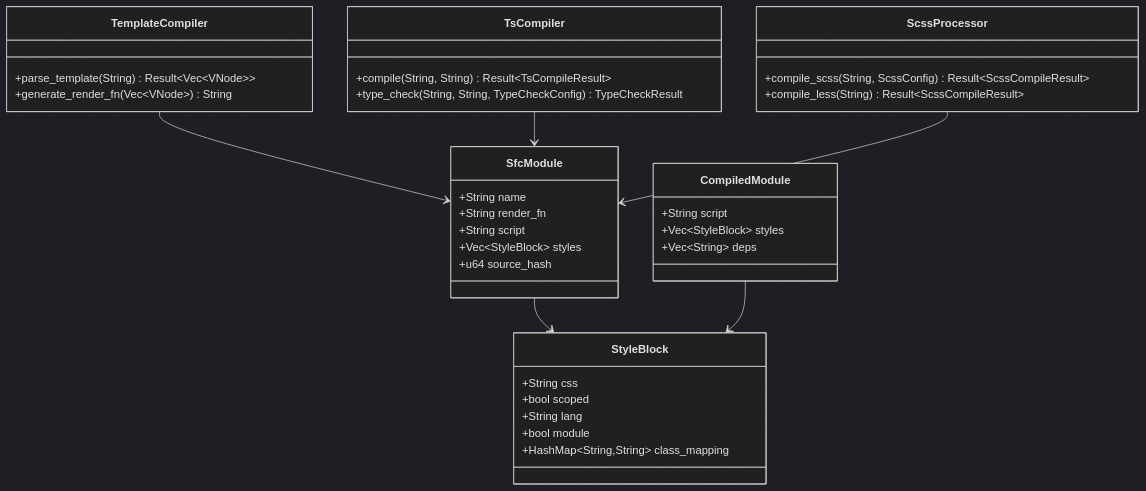
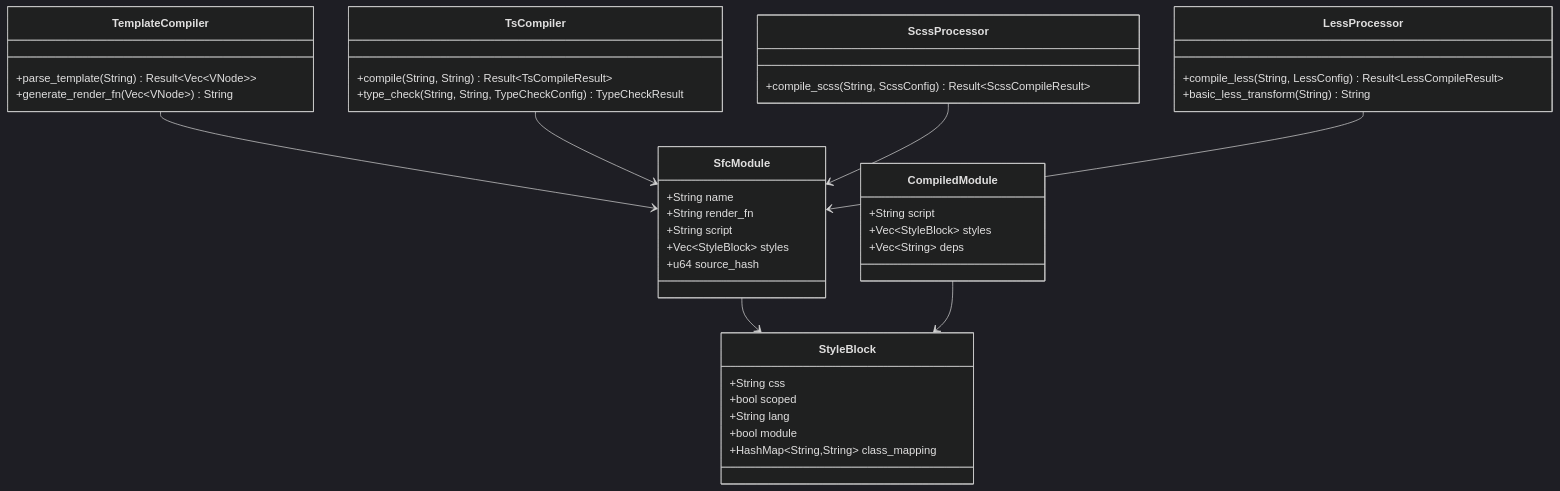
The third of 19 diagrams in .qoder/repowiki/zh/content/技术架构详解/JS沙箱运行时/Iris-JetCrab引擎/Vue项目编译器.md (itszzl-sudo/iris), drawn with Mermaid (dark theme) before and after one commit. The commit also changed other lines of this file and 27 other files, not shown here.

````diff
--- a/.qoder/repowiki/zh/content/技术架构详解/JS沙箱运行时/Iris-JetCrab引擎/Vue项目编译器.md
+++ b/.qoder/repowiki/zh/content/技术架构详解/JS沙箱运行时/Iris-JetCrab引擎/Vue项目编译器.md
@@ -176,39 +178,43 @@
 ```mermaid
 classDiagram
 class SfcModule {
 +String name
 +String render_fn
 +String script
 +Vec~StyleBlock~ styles
 +u64 source_hash
 }
 class StyleBlock {
 +String css
 +bool scoped
 +String lang
 +bool module
 +HashMap~String,String~ class_mapping
 }
 class CompiledModule {
 +String script
 +Vec~StyleBlock~ styles
 +Vec~String~ deps
 }
 class TemplateCompiler {
 +parse_template(String) Result~Vec~VNode~~
 +generate_render_fn(Vec~VNode~) String
 }
 class TsCompiler {
 +compile(String, String) Result~TsCompileResult~
 +type_check(String, String, TypeCheckConfig) TypeCheckResult
 }
 class ScssProcessor {
 +compile_scss(String, ScssConfig) Result~ScssCompileResult~
-+compile_less(String) Result~ScssCompileResult~
+}
+class LessProcessor {
++compile_less(String, LessConfig) Result~LessCompileResult~
++basic_less_transform(String) String
 }
 SfcModule --> StyleBlock
 CompiledModule --> StyleBlock
 TemplateCompiler --> SfcModule
 TsCompiler --> SfcModule
 ScssProcessor --> SfcModule
+LessProcessor --> SfcModule
 ```
````
